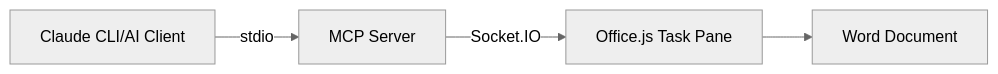
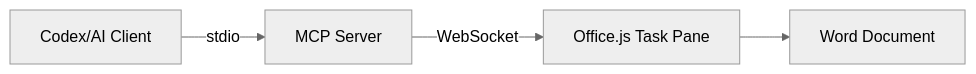
One commit to WangChengYeh/mcp_word changed the diagram in README.md. Above: the diagram before and after it, drawn with Mermaid (neutral theme). The commit also changed other lines of this file and 1 other file, not shown here.

Commit message:
claude to codex

````diff
--- a/README.md
+++ b/README.md
@@ -11,6 +7,6 @@
 ```mermaid
 flowchart LR
-  CLI[Claude CLI/AI Client] -->|stdio| MCP[MCP Server]
-  MCP -->|Socket.IO| Browser[Office.js Task Pane]
-  Browser --> Word[Word Document]
+  Codex[Codex/AI Client] -- stdio --> MCP[MCP Server]
+  MCP -- WebSocket --> Addin[Office.js Task Pane]
+  Addin --> Word[Word Document]
 ```
````
